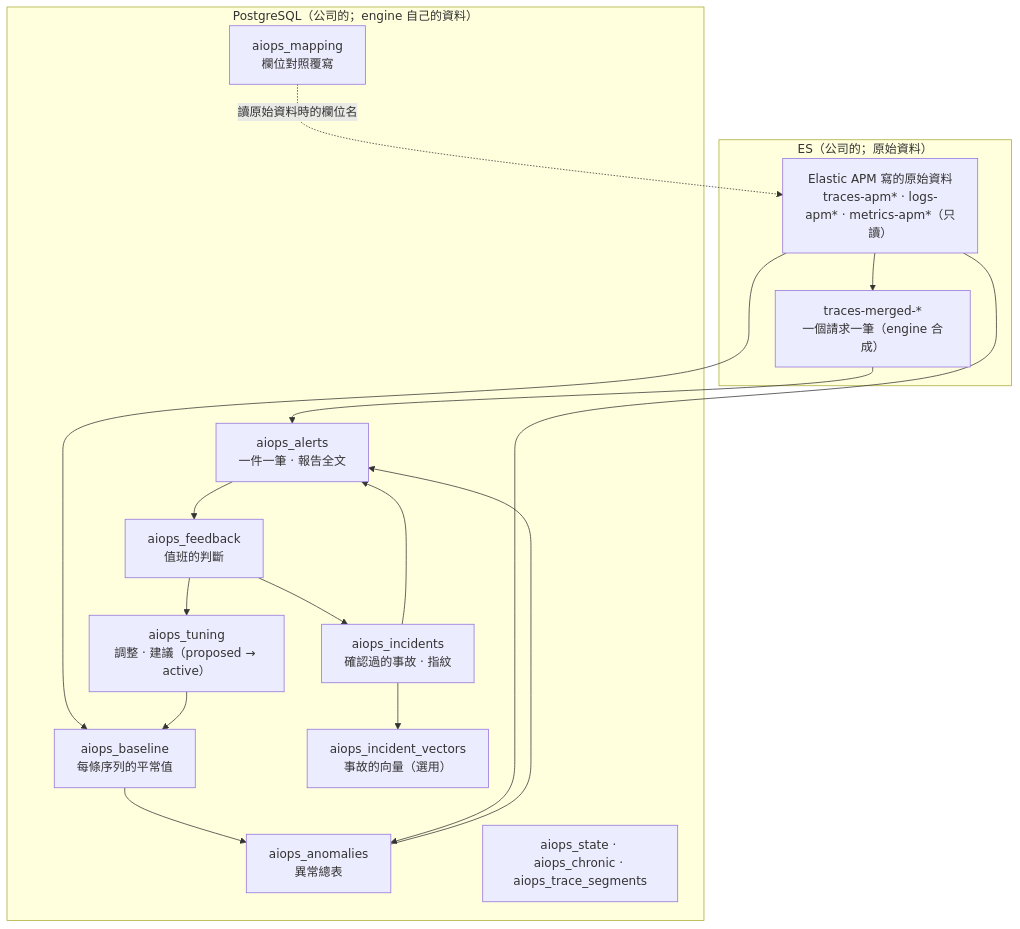
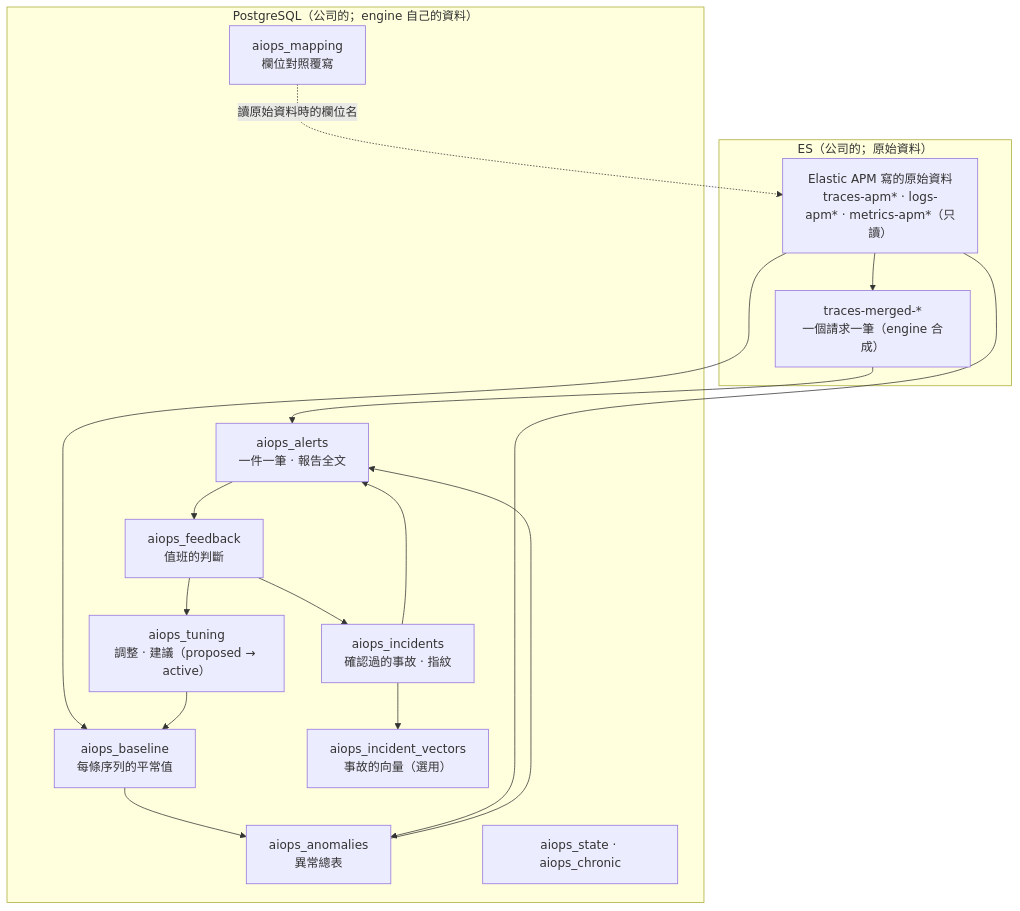
One commit to i-shuan/aiops-data-foundation changed the second of 2 diagrams in docs/module-map.md. Above: the diagram before and after it, drawn with Mermaid. The commit also changed 19 other files, not shown here.

Commit message:
trace 的資料放回 ES：每段統計 aiops-trace-segments、trace-merge 進度 aiops-trace-state；PostgreSQL 不碰 trace，detect-watermark 留 PostgreSQL

````diff
--- a/docs/module-map.md
+++ b/docs/module-map.md
@@ -62,31 +62,31 @@
 ```mermaid
 flowchart TB
     subgraph ESBOX["ES（公司的；原始資料）"]
         RAW["Elastic APM 寫的原始資料<br/>traces-apm* · logs-apm* · metrics-apm*（只讀）"]
         MERGED["traces-merged-*<br/>一個請求一筆（engine 合成）"]
     end
     subgraph PG["PostgreSQL（公司的；engine 自己的資料）"]
         BASE["aiops_baseline<br/>每條序列的平常值"]
         ANOM["aiops_anomalies<br/>異常總表"]
         ALERT["aiops_alerts<br/>一件一筆 · 報告全文"]
         FEED["aiops_feedback<br/>值班的判斷"]
         INCI["aiops_incidents<br/>確認過的事故 · 指紋"]
         VEC["aiops_incident_vectors<br/>事故的向量（選用）"]
         TUNE["aiops_tuning<br/>調整 · 建議（proposed → active）"]
         MAPI["aiops_mapping<br/>欄位對照覆寫"]
-        STATE["aiops_state · aiops_chronic · aiops_trace_segments"]
+        STATE["aiops_state · aiops_chronic"]
     end
     RAW --> MERGED
     RAW --> BASE
     BASE --> ANOM
     RAW --> ANOM
     ANOM --> ALERT
     MERGED --> ALERT
     ALERT --> FEED
     FEED --> INCI
     INCI --> VEC
     INCI --> ALERT
     FEED --> TUNE
     TUNE --> BASE
     MAPI -.讀原始資料時的欄位名.-> RAW
 ```
````
